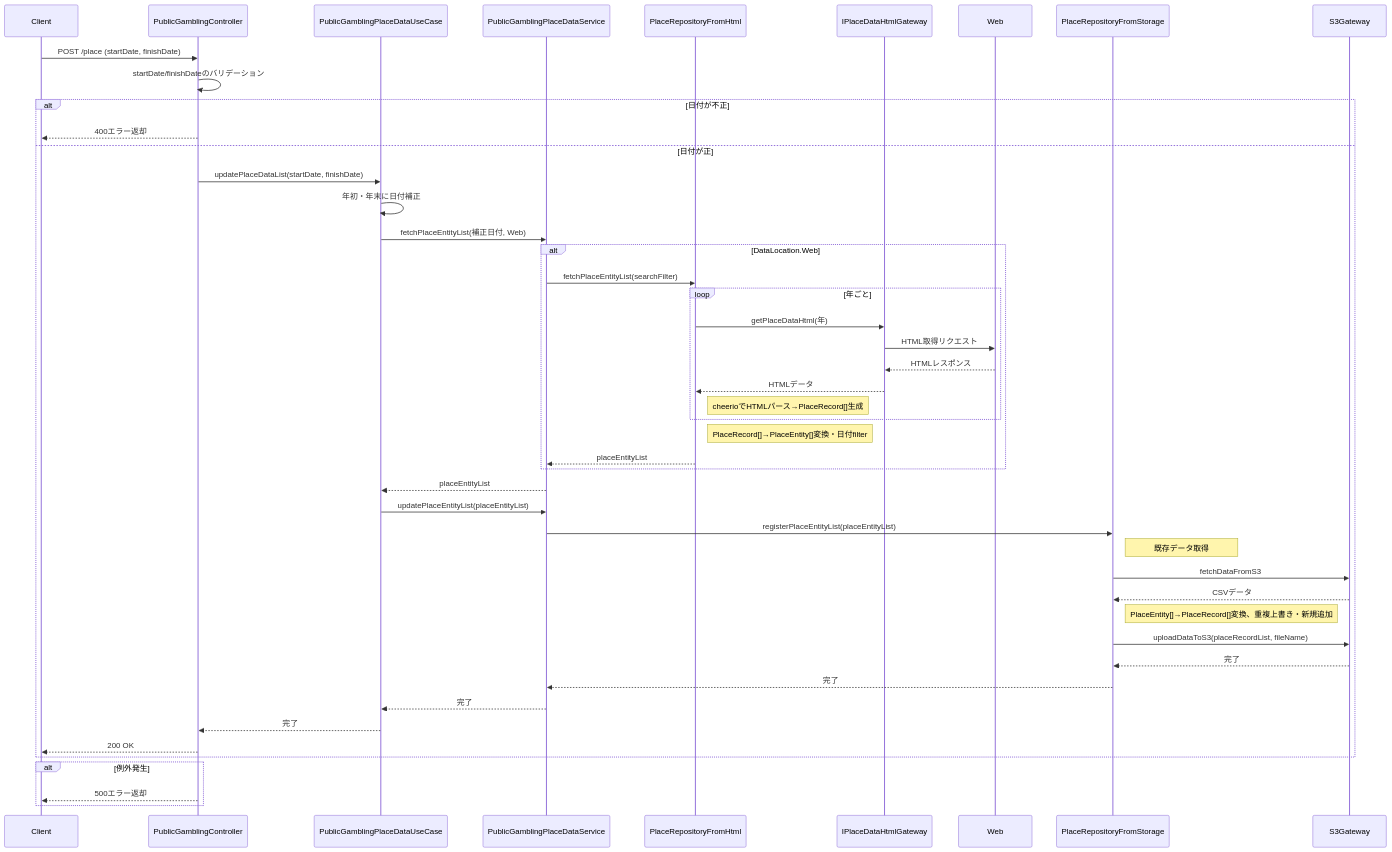
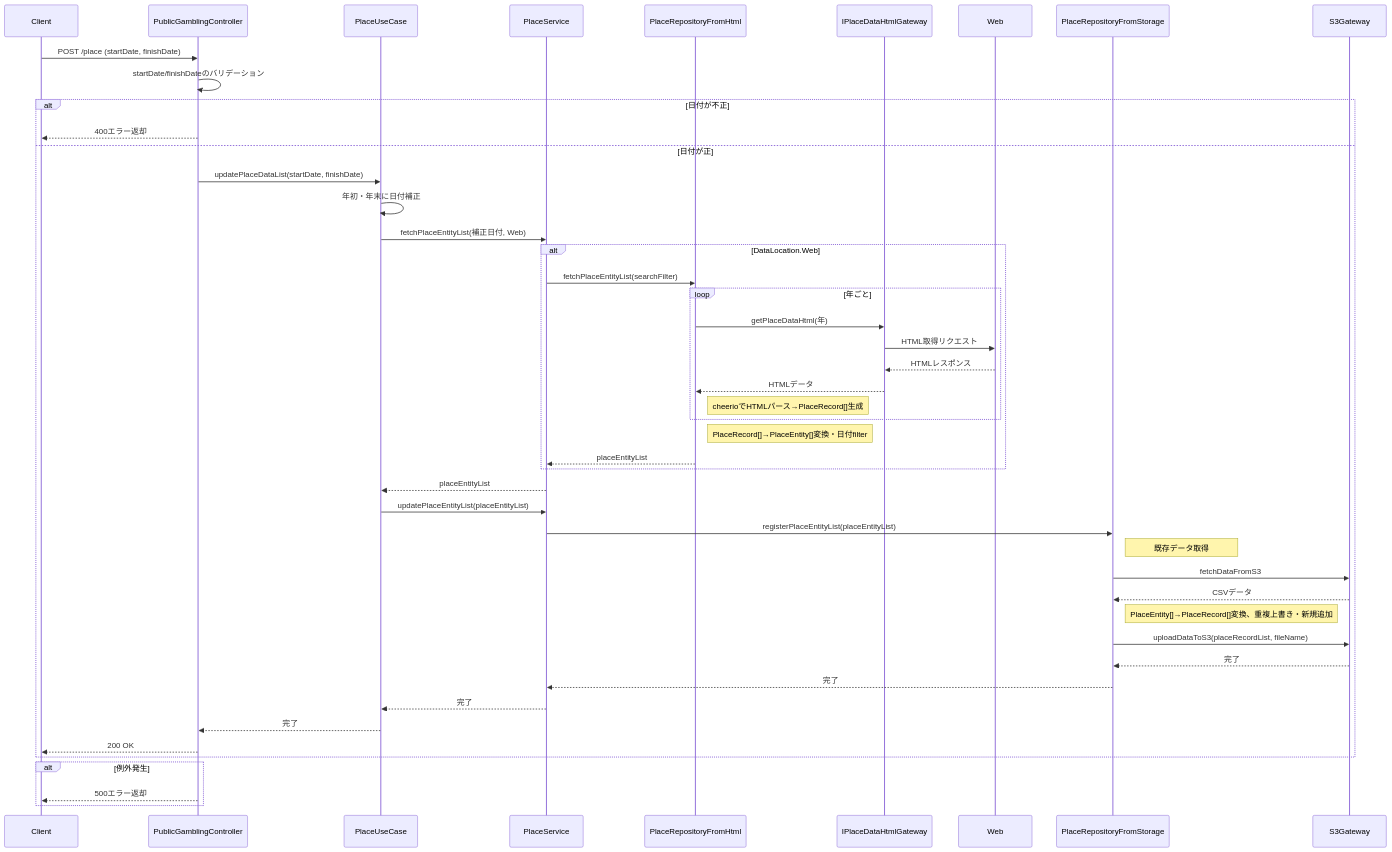
The diagram in document/detail-design/sequence/publicGambling/updatePlaceEntityList.md (taichi6930/race-schedule-api), drawn with Mermaid before and after one commit. The commit also changed 26 other files, not shown here.

````diff
--- a/document/detail-design/sequence/publicGambling/updatePlaceEntityList.md
+++ b/document/detail-design/sequence/publicGambling/updatePlaceEntityList.md
@@ -3,50 +3,50 @@
 ```mermaid
 sequenceDiagram
     participant Client
     participant PublicGamblingController
-    participant PublicGamblingPlaceDataUseCase
-    participant PublicGamblingPlaceDataService
+    participant PlaceUseCase
+    participant PlaceService
     participant PlaceRepositoryFromHtml
     participant IPlaceDataHtmlGateway
     participant Web
     participant PlaceRepositoryFromStorage
     participant S3Gateway
 
     Client->>PublicGamblingController: POST /place (startDate, finishDate)
     PublicGamblingController->>PublicGamblingController: startDate/finishDateのバリデーション
     alt 日付が不正
         PublicGamblingController-->>Client: 400エラー返却
     else 日付が正
-        PublicGamblingController->>PublicGamblingPlaceDataUseCase: updatePlaceDataList(startDate, finishDate)
-        PublicGamblingPlaceDataUseCase->>PublicGamblingPlaceDataUseCase: 年初・年末に日付補正
-        PublicGamblingPlaceDataUseCase->>PublicGamblingPlaceDataService: fetchPlaceEntityList(補正日付, Web)
+        PublicGamblingController->>PlaceUseCase: updatePlaceDataList(startDate, finishDate)
+        PlaceUseCase->>PlaceUseCase: 年初・年末に日付補正
+        PlaceUseCase->>PlaceService: fetchPlaceEntityList(補正日付, Web)
         alt DataLocation.Web
-            PublicGamblingPlaceDataService->>PlaceRepositoryFromHtml: fetchPlaceEntityList(searchFilter)
+            PlaceService->>PlaceRepositoryFromHtml: fetchPlaceEntityList(searchFilter)
             loop 年ごと
                 PlaceRepositoryFromHtml->>IPlaceDataHtmlGateway: getPlaceDataHtml(年)
                 IPlaceDataHtmlGateway->>Web: HTML取得リクエスト
                 Web-->>IPlaceDataHtmlGateway: HTMLレスポンス
                 IPlaceDataHtmlGateway-->>PlaceRepositoryFromHtml: HTMLデータ
                 note right of PlaceRepositoryFromHtml: cheerioでHTMLパース→PlaceRecord[]生成
             end
             note right of PlaceRepositoryFromHtml: PlaceRecord[]→PlaceEntity[]変換・日付filter
-            PlaceRepositoryFromHtml-->>PublicGamblingPlaceDataService: placeEntityList
+            PlaceRepositoryFromHtml-->>PlaceService: placeEntityList
         end
-        PublicGamblingPlaceDataService-->>PublicGamblingPlaceDataUseCase: placeEntityList
-        PublicGamblingPlaceDataUseCase->>PublicGamblingPlaceDataService: updatePlaceEntityList(placeEntityList)
-        PublicGamblingPlaceDataService->>PlaceRepositoryFromStorage: registerPlaceEntityList(placeEntityList)
+        PlaceService-->>PlaceUseCase: placeEntityList
+        PlaceUseCase->>PlaceService: updatePlaceEntityList(placeEntityList)
+        PlaceService->>PlaceRepositoryFromStorage: registerPlaceEntityList(placeEntityList)
         note right of PlaceRepositoryFromStorage: 既存データ取得
         PlaceRepositoryFromStorage->>S3Gateway: fetchDataFromS3
         S3Gateway-->>PlaceRepositoryFromStorage: CSVデータ
         note right of PlaceRepositoryFromStorage: PlaceEntity[]→PlaceRecord[]変換、重複上書き・新規追加
         PlaceRepositoryFromStorage->>S3Gateway: uploadDataToS3(placeRecordList, fileName)
         S3Gateway-->>PlaceRepositoryFromStorage: 完了
-        PlaceRepositoryFromStorage-->>PublicGamblingPlaceDataService: 完了
-        PublicGamblingPlaceDataService-->>PublicGamblingPlaceDataUseCase: 完了
-        PublicGamblingPlaceDataUseCase-->>PublicGamblingController: 完了
+        PlaceRepositoryFromStorage-->>PlaceService: 完了
+        PlaceService-->>PlaceUseCase: 完了
+        PlaceUseCase-->>PublicGamblingController: 完了
         PublicGamblingController-->>Client: 200 OK
     end
     alt 例外発生
         PublicGamblingController-->>Client: 500エラー返却
     end
 ```
````
